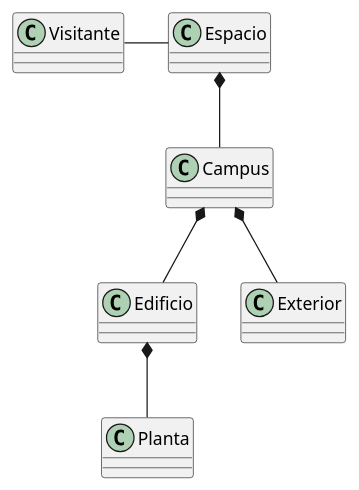
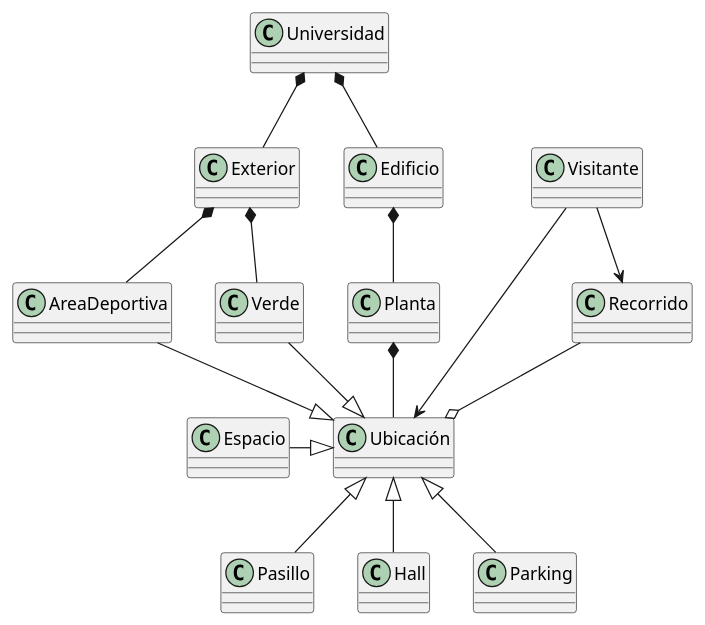
The diagram in documentos/modeloDeDominio/DiagramaDeClases/diagramaDeClases.puml (Camila-Lesly/25-26-idsw1-sdr), drawn with PlantUML before and after one commit. The commit also changed 1 other file, not shown here.

Commit message:
docs: update class diagram after mmasias session

```diff
--- a/documentos/modeloDeDominio/DiagramaDeClases/diagramaDeClases.puml
+++ b/documentos/modeloDeDominio/DiagramaDeClases/diagramaDeClases.puml
@@ -1,15 +1,33 @@
 @startuml
+class Ubicación
 class Visitante
 class Espacio
-class Campus
+class Universidad
 class Edificio
 class Exterior
 class Planta
+class AreaDeportiva
+class Verde 
+class Recorrido
+class Pasillo
+class Hall
+class Parking
 
-
-Visitante -r-  Espacio
-Espacio *-- Campus
-Campus  *-- Edificio
-Campus  *-- Exterior
+Visitante -->  Ubicación
+Visitante --> Recorrido
+Recorrido --o Ubicación
+Universidad  *-- Edificio
 Edificio *-- Planta
+Universidad  *-- Exterior
+Exterior *-- AreaDeportiva
+Exterior *-- Verde
+Planta *-- Ubicación
+Espacio -r-|> Ubicación
+Pasillo -up-|> Ubicación
+Hall -up-|> Ubicación
+Parking -up-|> Ubicación
+Verde --|> Ubicación
+AreaDeportiva -r-|> Ubicación
+Edificio -[hidden]l-> Exterior
+AreaDeportiva -[hidden]r-> Recorrido
 @enduml
```
